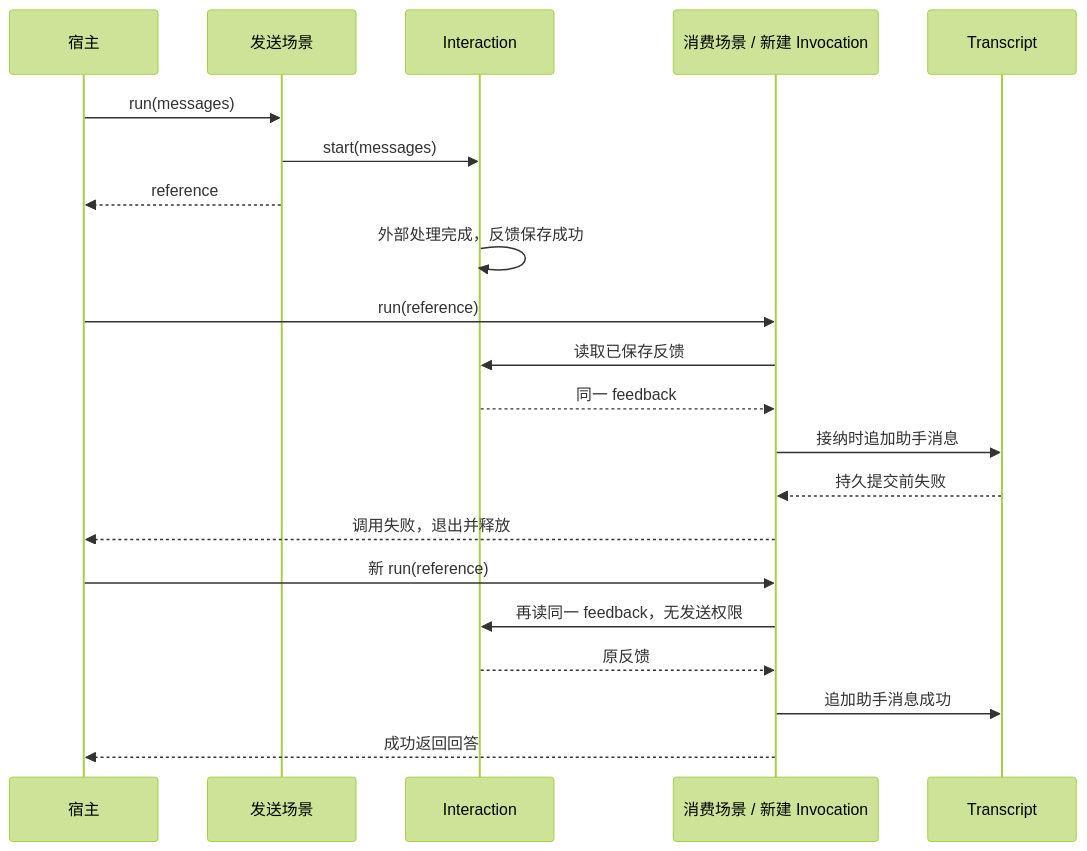
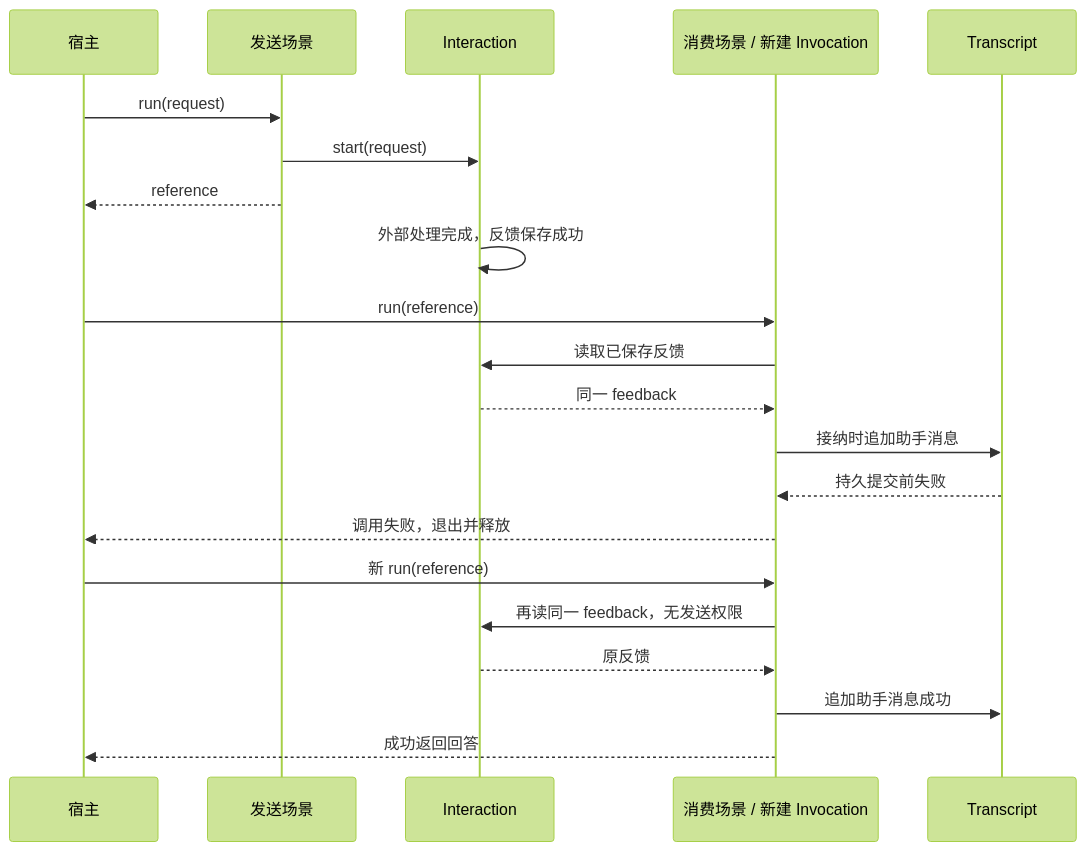
Before and after one commit to weiliang0121/capix: the diagram in docs/interaction-consumption-validation.md, drawn with Mermaid (forest theme). The commit also changed other lines of this file and 104 other files, not shown here.

````diff
--- a/docs/interaction-consumption-validation.md
+++ b/docs/interaction-consumption-validation.md
@@ -7,23 +7,23 @@
 ```mermaid
 sequenceDiagram
     participant H as 宿主
     participant S as 发送场景
     participant I as Interaction
     participant C as 消费场景 / 新建 Invocation
     participant T as Transcript
-    H->>S: run(messages)
-    S->>I: start(messages)
+    H->>S: run(request)
+    S->>I: start(request)
     S-->>H: reference
     I->>I: 外部处理完成，反馈保存成功
     H->>C: run(reference)
     C->>I: 读取已保存反馈
     I-->>C: 同一 feedback
     C->>T: 接纳时追加助手消息
     T-->>C: 持久提交前失败
     C-->>H: 调用失败，退出并释放
     H->>C: 新 run(reference)
     C->>I: 再读同一 feedback，无发送权限
     I-->>C: 原反馈
     C->>T: 追加助手消息成功
     C-->>H: 成功返回回答
 ```
````
